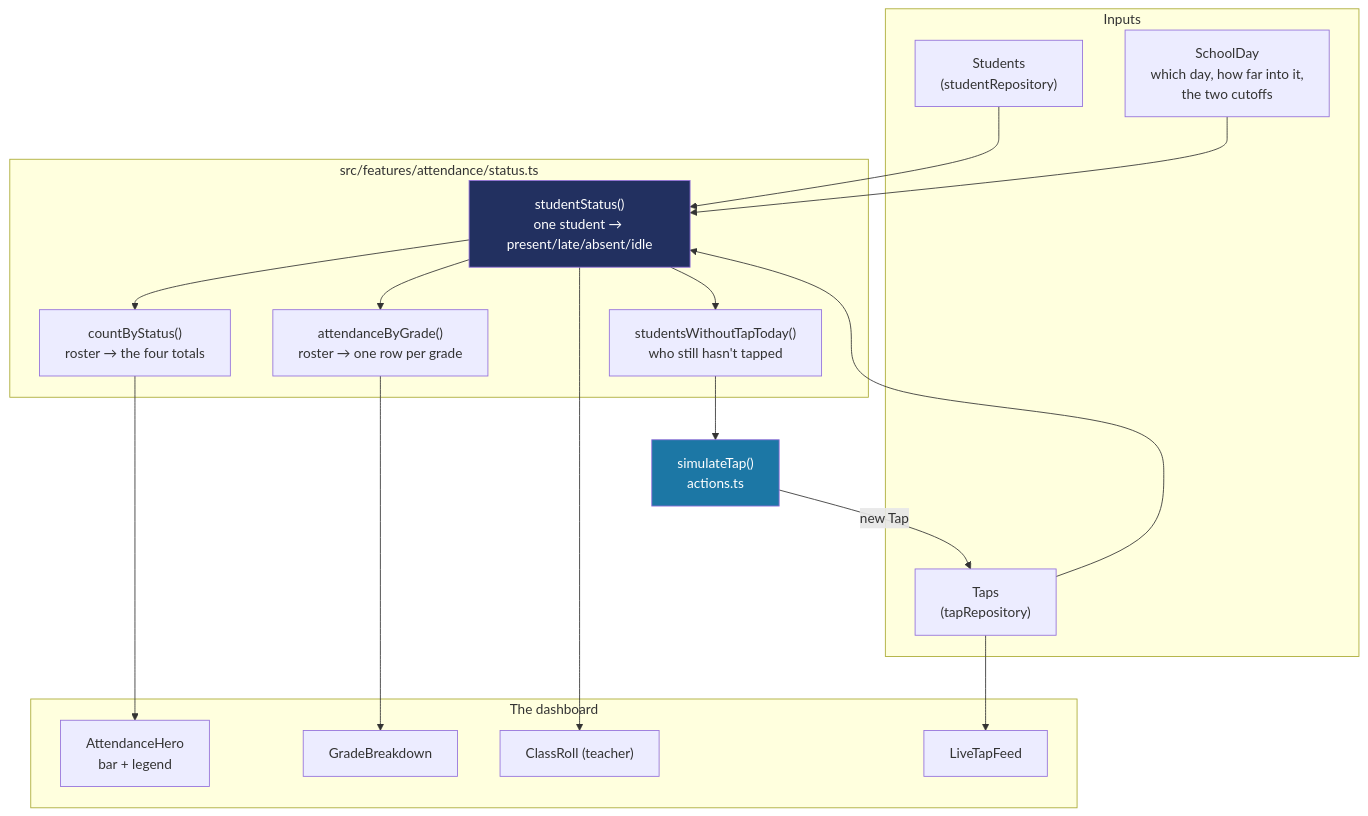
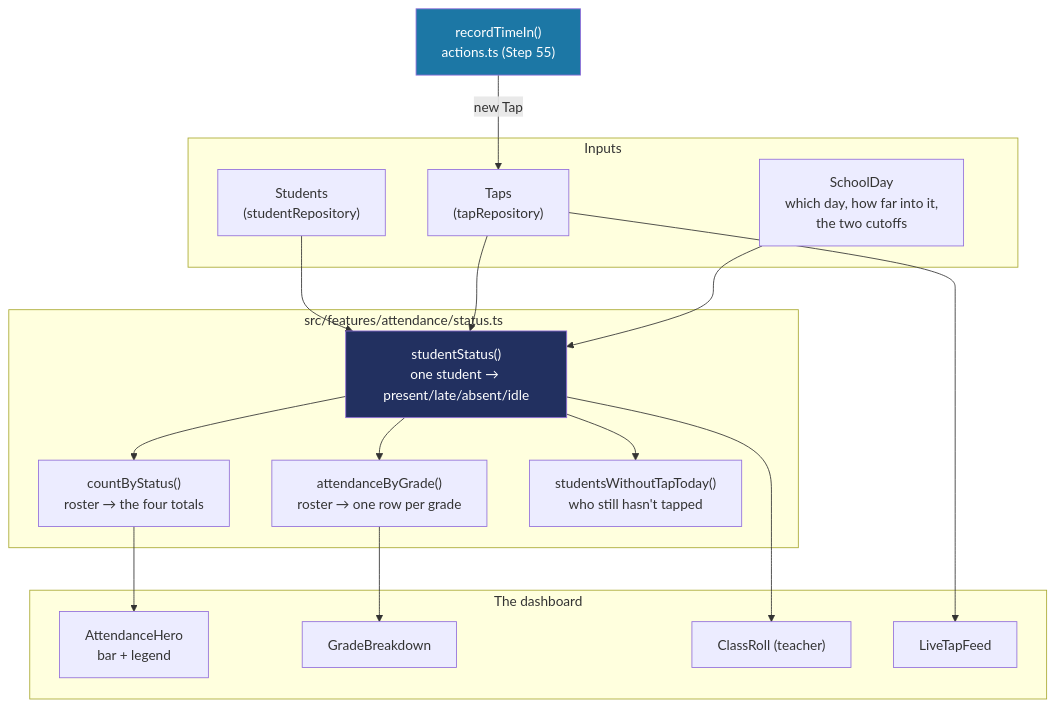
Before and after one commit to psmacabulos/talaan: the first of 3 diagrams in docs/ATTENDANCE-MODEL.md, drawn with Mermaid. The commit also changed other lines of this file and 43 other files, not shown here.

Commit message:
feat(attendance): record a student's time in by hand from their row

````diff
--- a/docs/ATTENDANCE-MODEL.md
+++ b/docs/ATTENDANCE-MODEL.md
@@ -22,42 +22,41 @@
 ```mermaid
 flowchart TB
     subgraph data["Inputs"]
         Roster["Students<br/>(studentRepository)"]
         Taps["Taps<br/>(tapRepository)"]
         Now["SchoolDay<br/>which day, how far into it,<br/>the two cutoffs"]
     end
 
     subgraph status["src/features/attendance/status.ts"]
         StudentStatus["studentStatus()<br/>one student → present/late/absent/idle"]
         Counts["countByStatus()<br/>roster → the four totals"]
         ByGrade["attendanceByGrade()<br/>roster → one row per grade"]
         Waiting["studentsWithoutTapToday()<br/>who still hasn't tapped"]
     end
 
     subgraph screen["The dashboard"]
         Hero["AttendanceHero<br/>bar + legend"]
         Grades["GradeBreakdown"]
         Roll["ClassRoll (teacher)"]
         Feed["LiveTapFeed"]
     end
 
-    Action["simulateTap()<br/>actions.ts"]
+    Action["recordTimeIn()<br/>actions.ts (Step 55)"]
 
     Roster --> StudentStatus
     Taps --> StudentStatus
     Now --> StudentStatus
     StudentStatus --> Counts
     StudentStatus --> ByGrade
     StudentStatus --> Waiting
 
     Counts --> Hero
     ByGrade --> Grades
     StudentStatus --> Roll
     Taps --> Feed
 
-    Waiting --> Action
     Action -->|new Tap| Taps
 
     style StudentStatus fill:#223060,color:#fff
     style Action fill:#1C77A5,color:#fff
 ```
````
